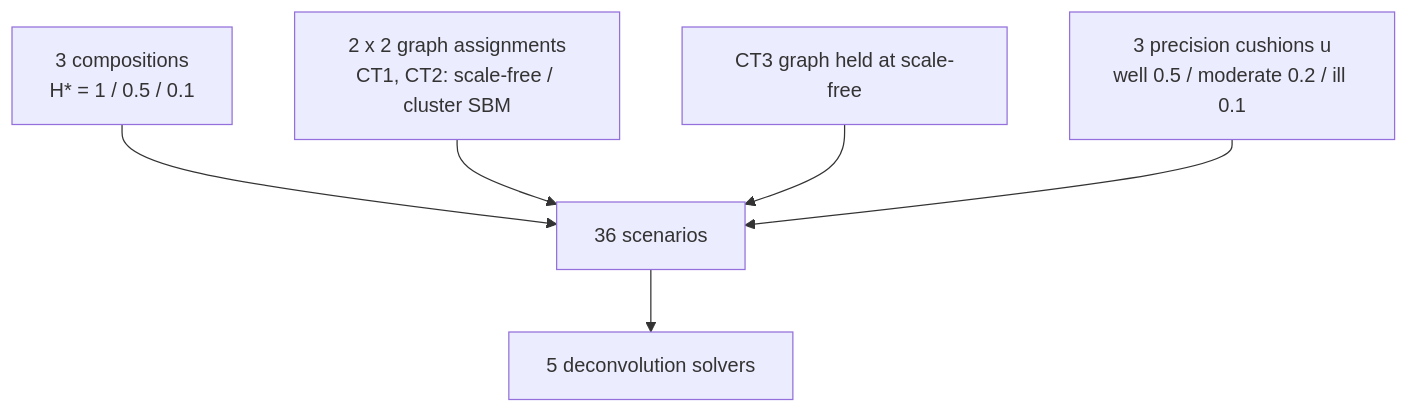
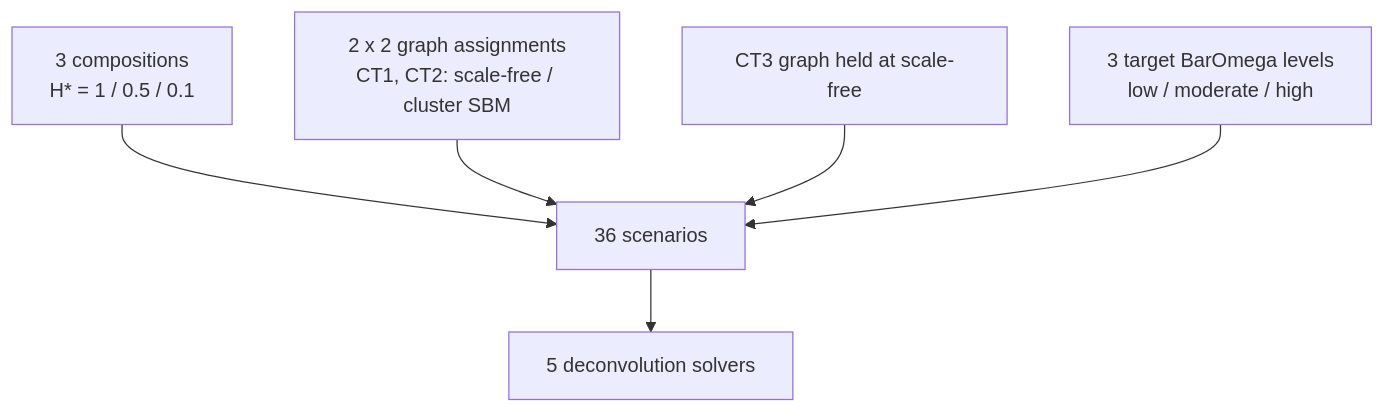
One commit to bastienchassagnol/DeCovarT changed the diagram in vignettes/fig03-covariance-driven.qmd. Above: the diagram before and after it, drawn with Mermaid. The commit also changed other lines of this file and 27 other files, not shown here.

````diff
--- a/vignettes/fig03-covariance-driven.qmd
+++ b/vignettes/fig03-covariance-driven.qmd
@@ -58,11 +60,11 @@
 ```{mermaid}
 %%| label: fig-covariance-design
 %%| eval: true
-%%| fig-cap: "Covariance-driven factorial design: three Shannon compositions, a 2-by-2 graph assignment on the mean-collinear cell types (scale-free versus cluster SBM), type 3 held at scale-free, three precision cushions, and five solvers (4 x 3 x 3 = 36 scenarios)."
+%%| fig-cap: "Covariance-driven factorial design: three Shannon compositions, a 2-by-2 graph assignment on the mean-collinear cell types (scale-free versus cluster SBM), type 3 held at scale-free, three target MixSim average overlaps (scale Sigma, keep precision zeros), and five solvers (4 x 3 x 3 = 36 scenarios)."
 flowchart TD
   P["3 compositions<br/>H* = 1 / 0.5 / 0.1"] --> S["36 scenarios"]
   G["2 x 2 graph assignments<br/>CT1, CT2: scale-free / cluster SBM"] --> S
   C["CT3 graph held at scale-free"] --> S
-  K["3 precision cushions u<br/>well 0.5 / moderate 0.2 / ill 0.1"] --> S
+  K["3 target BarOmega levels<br/>low / moderate / high"] --> S
   S --> A["5 deconvolution solvers"]
 ```
````
